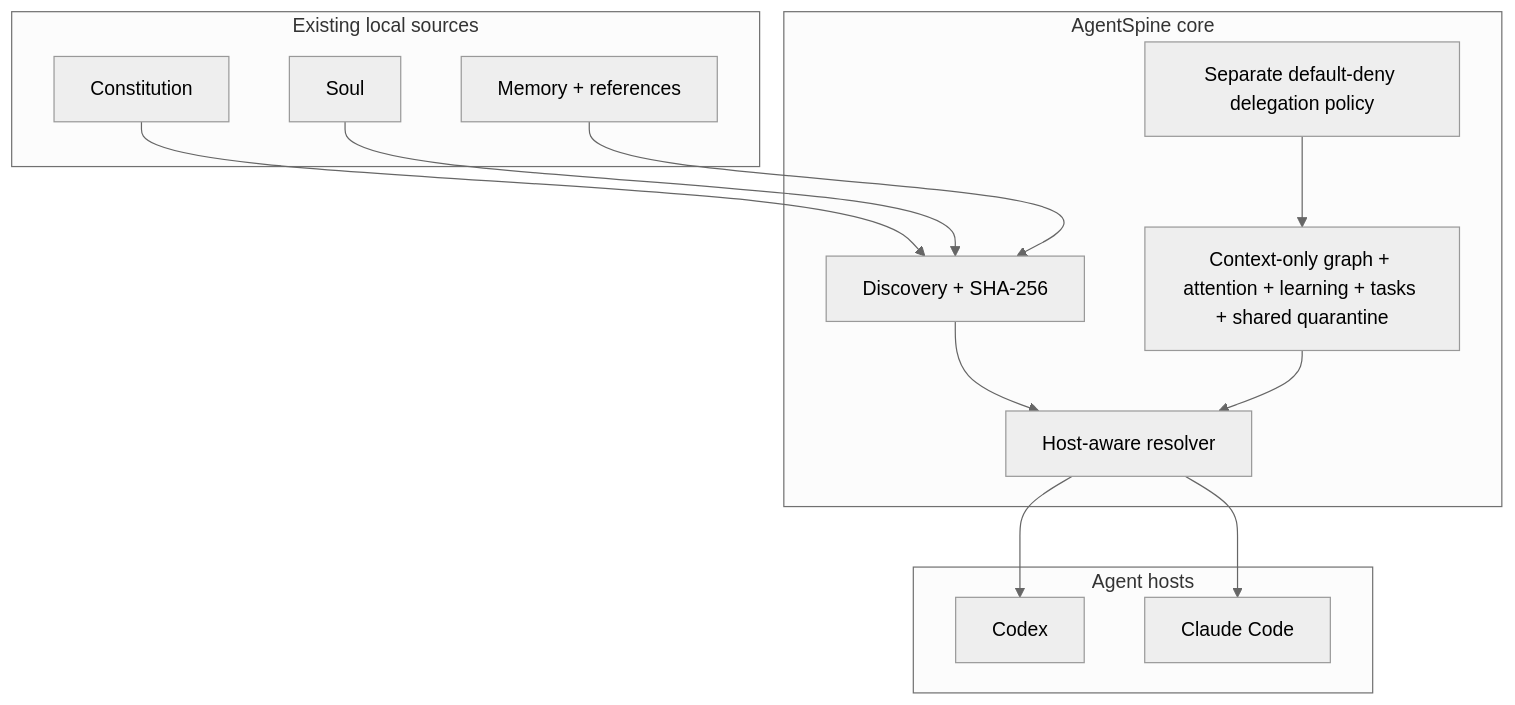
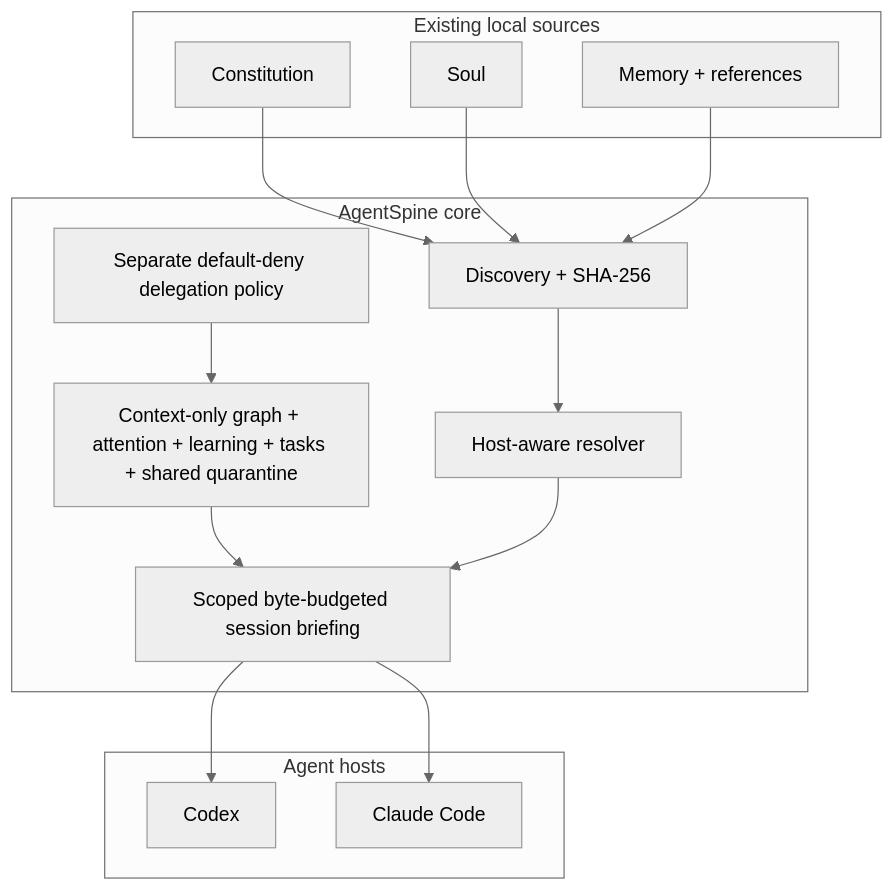
The first of 5 diagrams in docs/architecture.md (Maykbiletti/AgentSpine), drawn with Mermaid (neutral theme) before and after one commit. The commit also changed other lines of this file and 19 other files, not shown here.

Commit message:
feat: add budgeted session briefings

````diff
--- a/docs/architecture.md
+++ b/docs/architecture.md
@@ -7,26 +7,28 @@
 ```mermaid
 flowchart TB
     subgraph Sources["Existing local sources"]
       C["Constitution"]
       S["Soul"]
       M["Memory + references"]
     end
     subgraph Core["AgentSpine core"]
       D["Discovery + SHA-256"]
       R["Host-aware resolver"]
-    G["Context-only graph + attention + learning + tasks + shared quarantine"]
+      G["Context-only graph + attention + learning + tasks + shared quarantine"]
+      B["Scoped byte-budgeted session briefing"]
       P["Separate default-deny delegation policy"]
     end
     subgraph Hosts["Agent hosts"]
       X["Codex"]
       L["Claude Code"]
     end
     C --> D
     S --> D
     M --> D
     D --> R
-    G --> R
+    G --> B
     P --> G
-    R --> X
-    R --> L
+    R --> B
+    B --> X
+    B --> L
 ```
````
